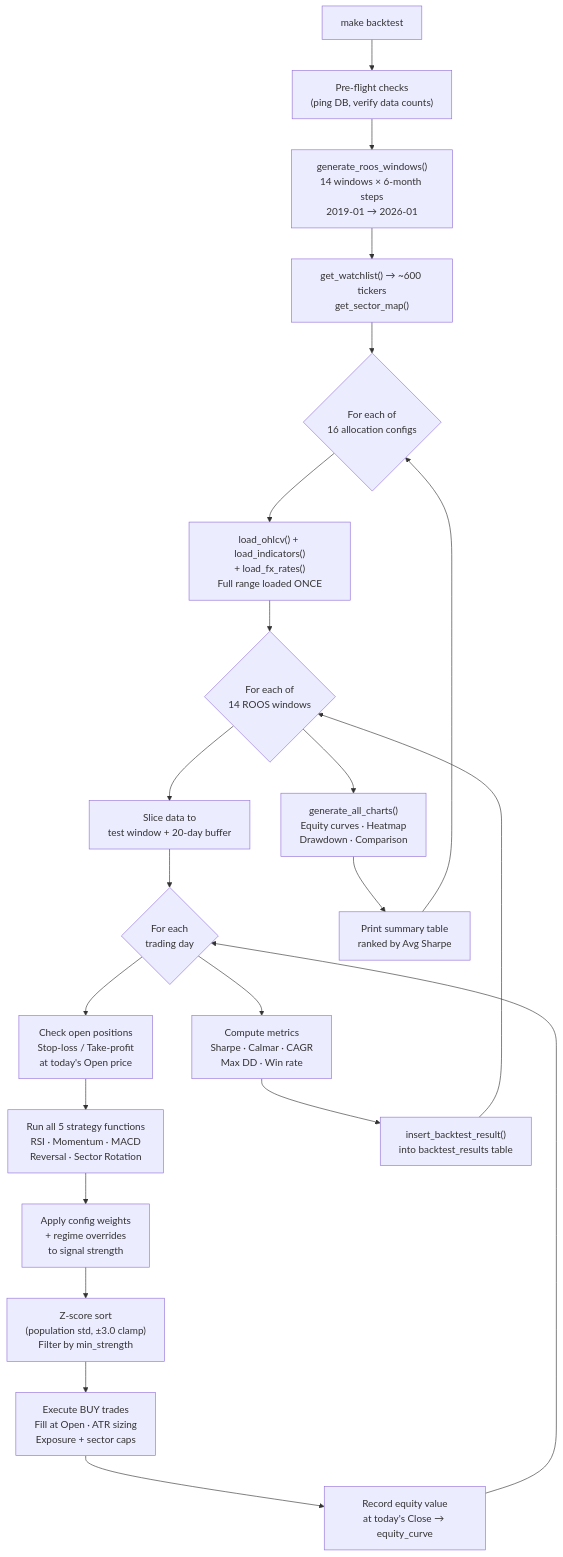
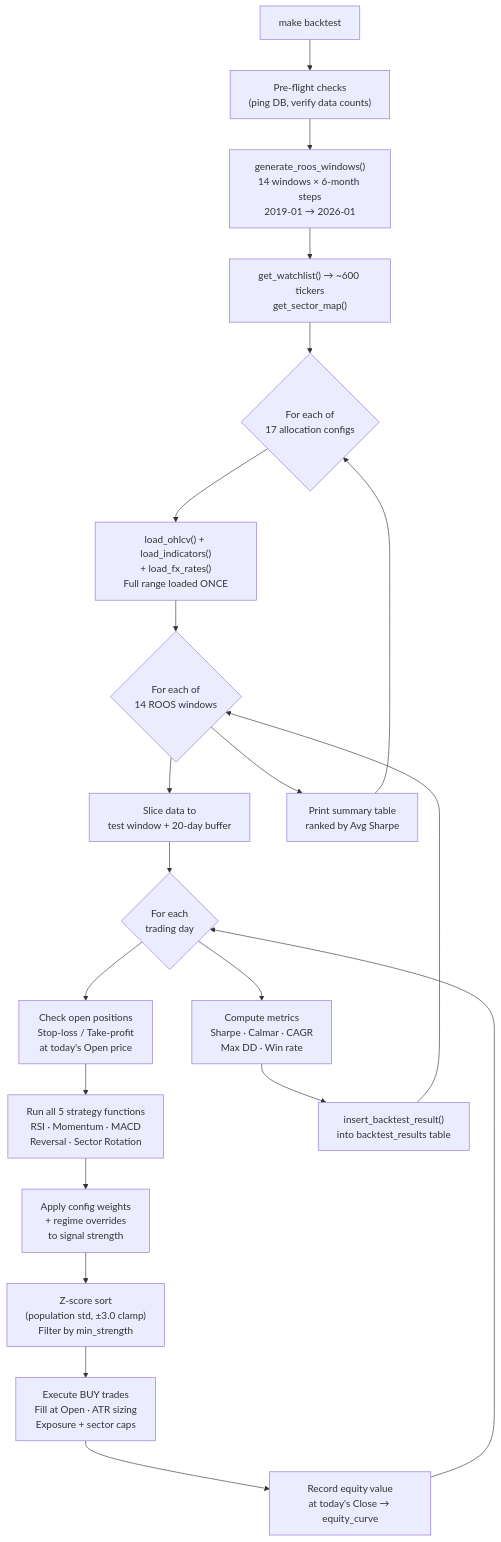
One commit to imkkapoor/kairos changed the diagram in README.md. Above: the diagram before and after it, drawn with Mermaid. The commit also changed other lines of this file and 16 other files, not shown here.

Commit message:
Phase-4.3: Update charting ways and fix risk deadlocks

````diff
--- a/README.md
+++ b/README.md
@@ -104,31 +103,30 @@
 ```mermaid
 flowchart TD
     A["make backtest"] --> B["Pre-flight checks\n(ping DB, verify data counts)"]
     B --> C["generate_roos_windows()\n14 windows × 6-month steps\n2019-01 → 2026-01"]
     C --> D["get_watchlist() → ~600 tickers\nget_sector_map()"]
-    D --> E{"For each of\n16 allocation configs"}
+    D --> E{"For each of\n17 allocation configs"}
 
     E --> F["load_ohlcv() + load_indicators()\n+ load_fx_rates()\nFull range loaded ONCE"]
 
     F --> G{"For each of\n14 ROOS windows"}
 
     G --> H["Slice data to\ntest window + 20-day buffer"]
 
     H --> I{"For each\ntrading day"}
 
     I --> J["Check open positions\nStop-loss / Take-profit\nat today's Open price"]
     J --> K["Run all 5 strategy functions\nRSI · Momentum · MACD\nReversal · Sector Rotation"]
     K --> L["Apply config weights\n+ regime overrides\nto signal strength"]
     L --> M["Z-score sort\n(population std, ±3.0 clamp)\nFilter by min_strength"]
     M --> N["Execute BUY trades\nFill at Open · ATR sizing\nExposure + sector caps"]
     N --> O["Record equity value\nat today's Close → equity_curve"]
     O --> I
 
     I --> P["Compute metrics\nSharpe · Calmar · CAGR\nMax DD · Win rate"]
     P --> Q["insert_backtest_result()\ninto backtest_results table"]
     Q --> G
 
-    G --> R["generate_all_charts()\nEquity curves · Heatmap\nDrawdown · Comparison"]
-    R --> S["Print summary table\nranked by Avg Sharpe"]
+    G --> S["Print summary table\nranked by Avg Sharpe"]
     S --> E
 ```
````
